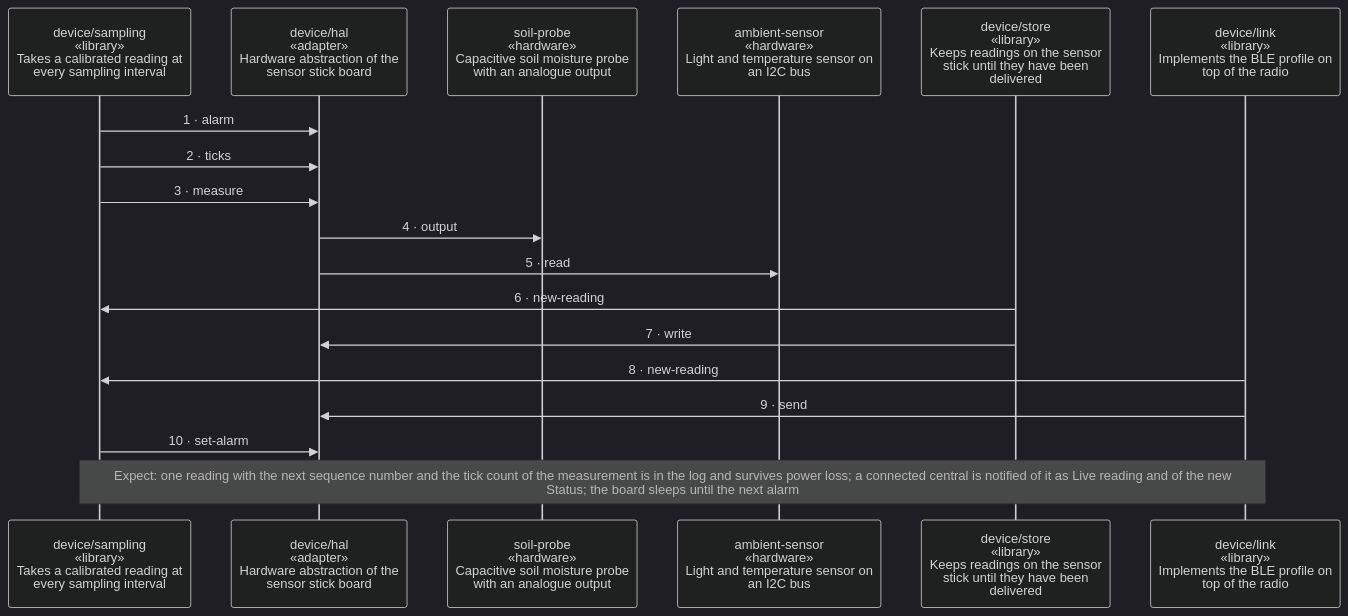
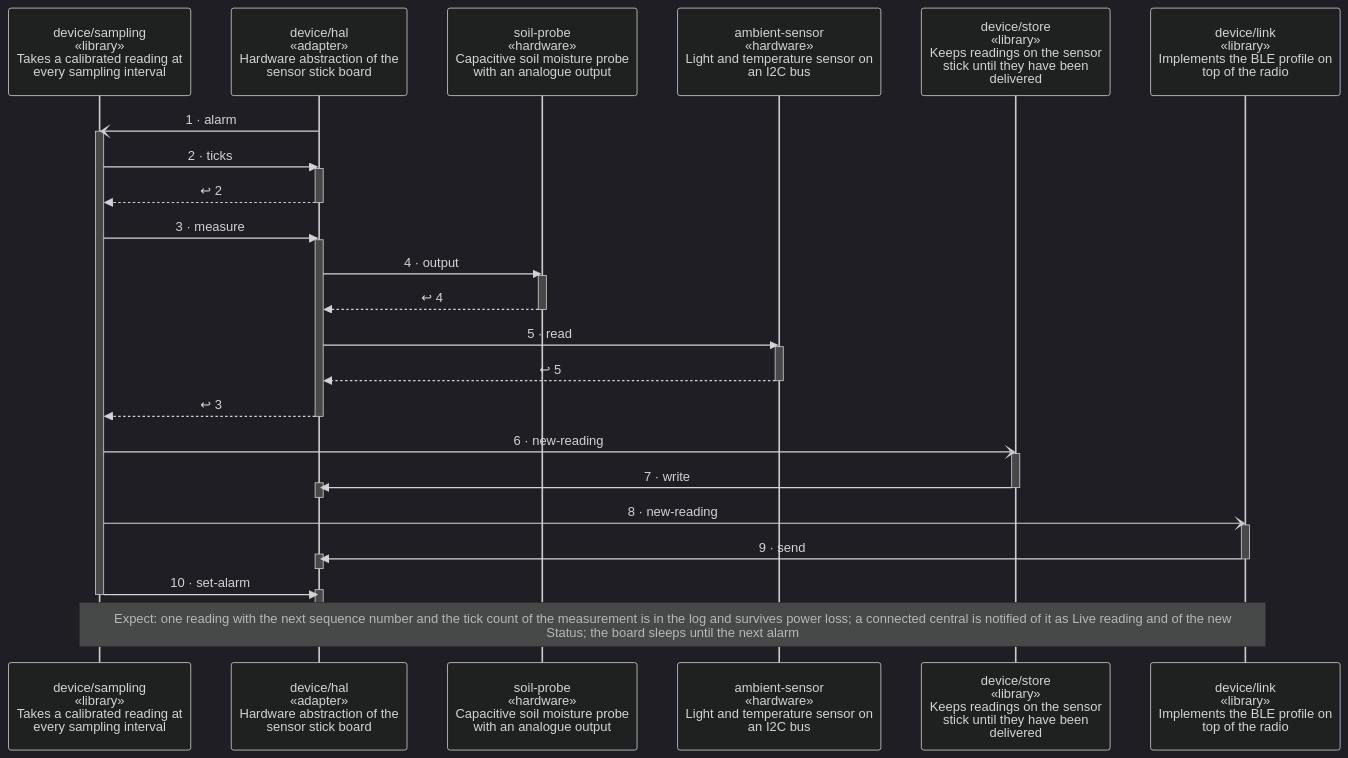
One commit to wackazong/unifold changed the diagram in examples/plantwatch/docs/diagrams/scenario-take-a-reading.md. Above: the diagram before and after it, drawn with Mermaid (dark theme). The commit also changed other lines of this file and 25 other files, not shown here.

````diff
--- a/examples/plantwatch/docs/diagrams/scenario-take-a-reading.md
+++ b/examples/plantwatch/docs/diagrams/scenario-take-a-reading.md
@@ -12,25 +12,49 @@
 ```mermaid
 ---
 config:
   sequence:
     height: 108
 ---
 sequenceDiagram
   participant pdevice__sampling as device/sampling<br/>«library»<br/>Takes a calibrated reading at<br/>every sampling interval
   participant pdevice__hal as device/hal<br/>«adapter»<br/>Hardware abstraction of the<br/>sensor stick board
   participant psoil_dprobe as soil-probe<br/>«hardware»<br/>Capacitive soil moisture probe<br/>with an analogue output
   participant pambient_dsensor as ambient-sensor<br/>«hardware»<br/>Light and temperature sensor on<br/>an I2C bus
   participant pdevice__store as device/store<br/>«library»<br/>Keeps readings on the sensor<br/>stick until they have been<br/>delivered
   participant pdevice__link as device/link<br/>«library»<br/>Implements the BLE profile on<br/>top of the radio
-  pdevice__sampling->>pdevice__hal: 1 · alarm
+  pdevice__hal-)pdevice__sampling: 1 · alarm
+  activate pdevice__sampling
   pdevice__sampling->>pdevice__hal: 2 · ticks
+  activate pdevice__hal
+  pdevice__hal-->>pdevice__sampling: ↩ 2
+  deactivate pdevice__hal
   pdevice__sampling->>pdevice__hal: 3 · measure
+  activate pdevice__hal
   pdevice__hal->>psoil_dprobe: 4 · output
+  activate psoil_dprobe
+  psoil_dprobe-->>pdevice__hal: ↩ 4
+  deactivate psoil_dprobe
   pdevice__hal->>pambient_dsensor: 5 · read
-  pdevice__store->>pdevice__sampling: 6 · new-reading
+  activate pambient_dsensor
+  pambient_dsensor-->>pdevice__hal: ↩ 5
+  deactivate pambient_dsensor
+  pdevice__hal-->>pdevice__sampling: ↩ 3
+  deactivate pdevice__hal
+  pdevice__sampling-)pdevice__store: 6 · new-reading
+  activate pdevice__store
   pdevice__store->>pdevice__hal: 7 · write
-  pdevice__link->>pdevice__sampling: 8 · new-reading
+  activate pdevice__hal
+  deactivate pdevice__hal
+  deactivate pdevice__store
+  pdevice__sampling-)pdevice__link: 8 · new-reading
+  activate pdevice__link
   pdevice__link->>pdevice__hal: 9 · send
+  activate pdevice__hal
+  deactivate pdevice__hal
+  deactivate pdevice__link
   pdevice__sampling->>pdevice__hal: 10 · set-alarm
+  activate pdevice__hal
+  deactivate pdevice__hal
+  deactivate pdevice__sampling
   Note over pdevice__sampling,pdevice__link: wrap: Expect: one reading with the next sequence number and the tick count of the measurement is in the log and survives power loss#59; a connected central is notified of it as Live reading and of the new Status#59; the board sleeps until the next alarm
 ```
````
